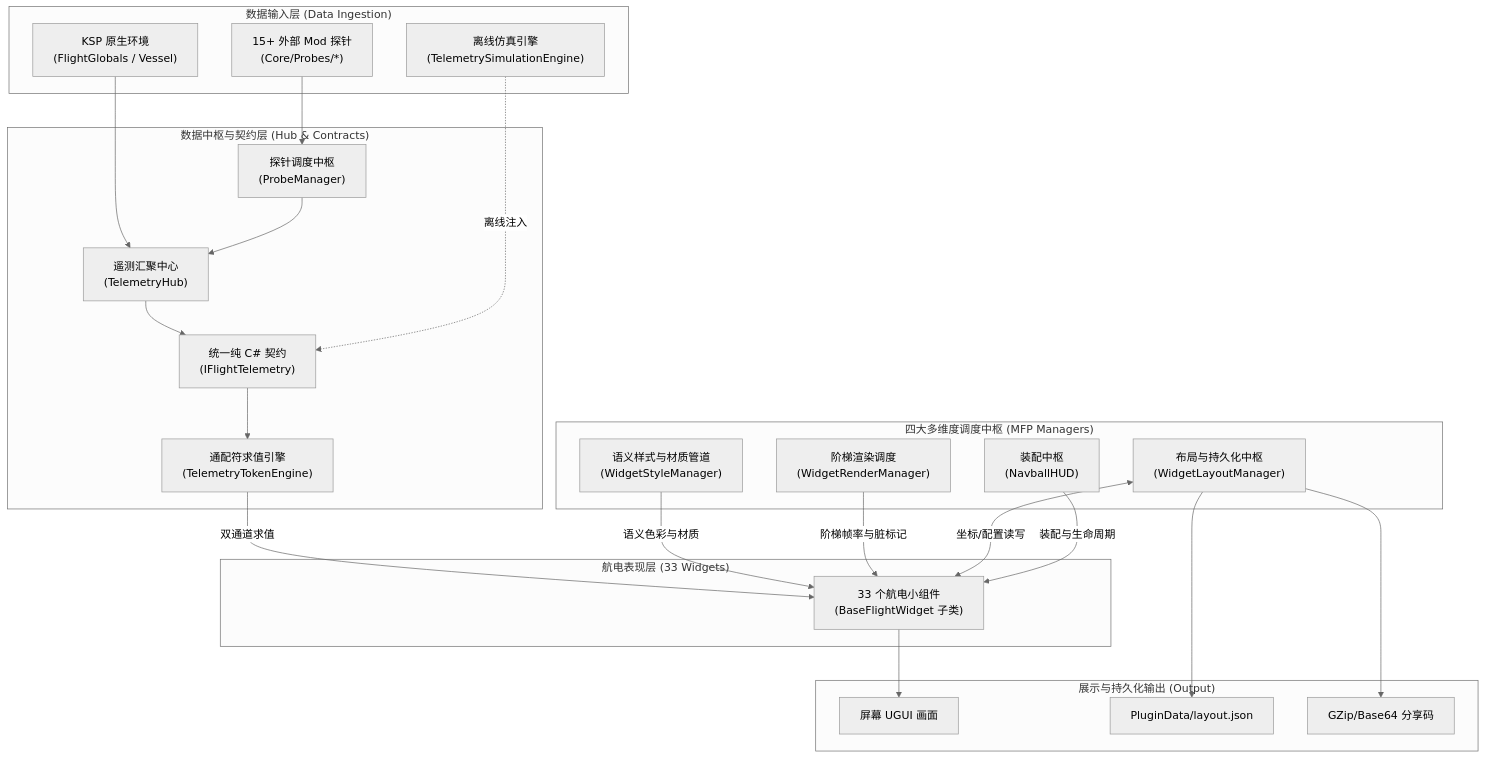
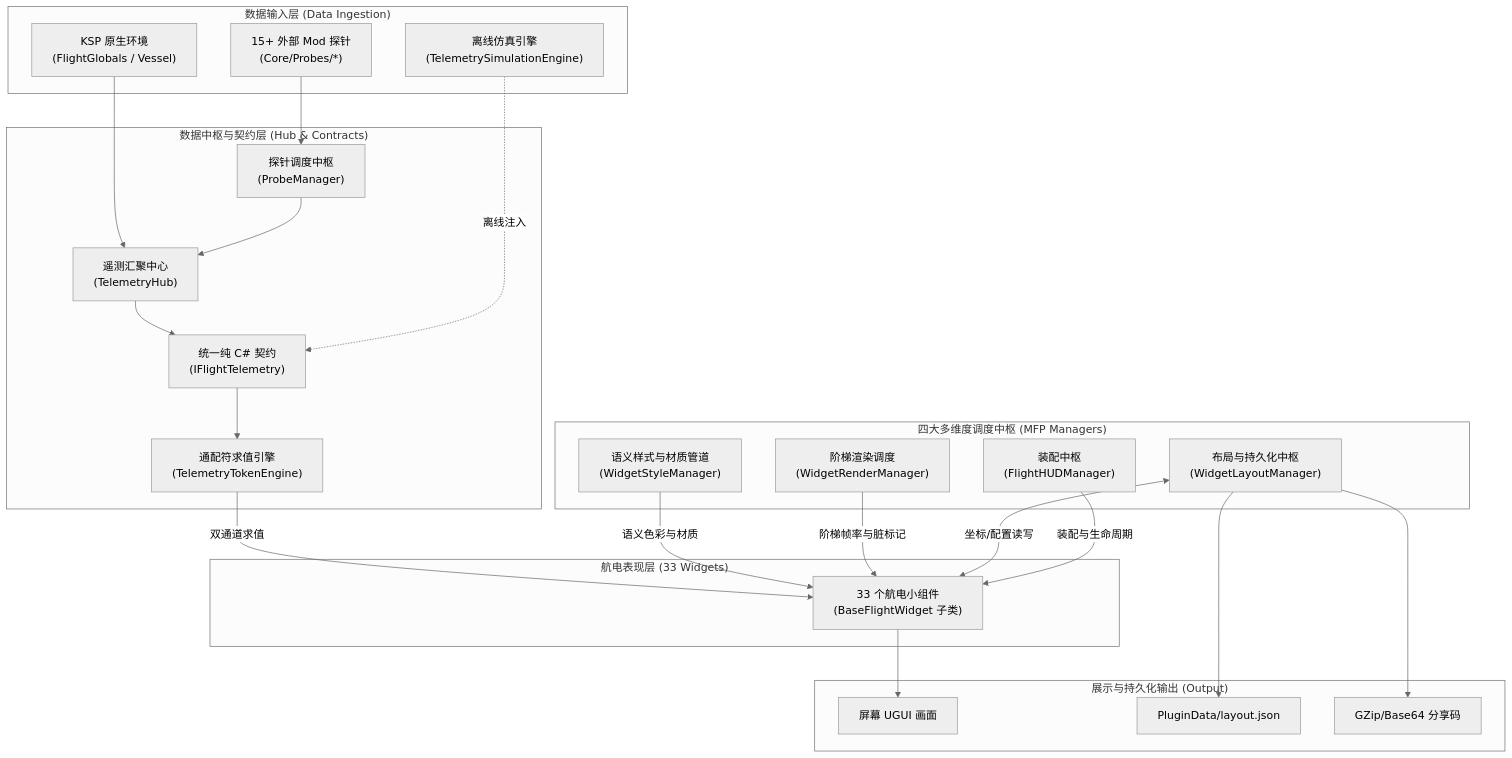
The diagram in 项目结构.md (DiaoDaiaChan/KSP_ModularFlightPanel), drawn with Mermaid (neutral theme) before and after one commit. The commit also changed other lines of this file and 227 other files, not shown here.

First line of the commit message:
refactor: reorganize C# source folders and rename NavballHUD to FlightHUDManager

````diff
--- a/项目结构.md
+++ b/项目结构.md
@@ -320,49 +320,49 @@
 ```mermaid
 flowchart TD
     subgraph DataIngestion ["数据输入层 (Data Ingestion)"]
         KSPData["KSP 原生环境<br/>(FlightGlobals / Vessel)"]
         ModProbes["15+ 外部 Mod 探针<br/>(Core/Probes/*)"]
         SimData["离线仿真引擎<br/>(TelemetrySimulationEngine)"]
     end
 
     subgraph HubLayer ["数据中枢与契约层 (Hub & Contracts)"]
         ProbeMgr["探针调度中枢<br/>(ProbeManager)"]
         TelemetryHub["遥测汇聚中心<br/>(TelemetryHub)"]
         IFlightTelemetry["统一纯 C# 契约<br/>(IFlightTelemetry)"]
         TokenEngine["通配符求值引擎<br/>(TelemetryTokenEngine)"]
     end
 
     subgraph ManagerLayer ["四大多维度调度中枢 (MFP Managers)"]
-        NavballHUD["装配中枢<br/>(NavballHUD)"]
+        FlightHUDManager["装配中枢<br/>(FlightHUDManager)"]
         RenderMgr["阶梯渲染调度<br/>(WidgetRenderManager)"]
         StyleMgr["语义样式与材质管道<br/>(WidgetStyleManager)"]
         LayoutMgr["布局与持久化中枢<br/>(WidgetLayoutManager)"]
     end
 
     subgraph WidgetLayer ["航电表现层 (33 Widgets)"]
         Widgets["33 个航电小组件<br/>(BaseFlightWidget 子类)"]
     end
 
     subgraph OutputLayer ["展示与持久化输出 (Output)"]
         UGUICanvas["屏幕 UGUI 画面"]
         LayoutJSON["PluginData/layout.json"]
         ShareCode["GZip/Base64 分享码"]
     end
 
     KSPData --> TelemetryHub
     ModProbes --> ProbeMgr --> TelemetryHub
     TelemetryHub --> IFlightTelemetry
     SimData -.->|离线注入| IFlightTelemetry
 
     IFlightTelemetry --> TokenEngine
     TokenEngine -->|双通道求值| Widgets
 
     StyleMgr -->|语义色彩与材质| Widgets
     RenderMgr -->|阶梯帧率与脏标记| Widgets
     LayoutMgr <-->|坐标/配置读写| Widgets
-    NavballHUD -->|装配与生命周期| Widgets
+    FlightHUDManager -->|装配与生命周期| Widgets
 
     Widgets --> UGUICanvas
     LayoutMgr --> LayoutJSON
     LayoutMgr --> ShareCode
 ```
````
